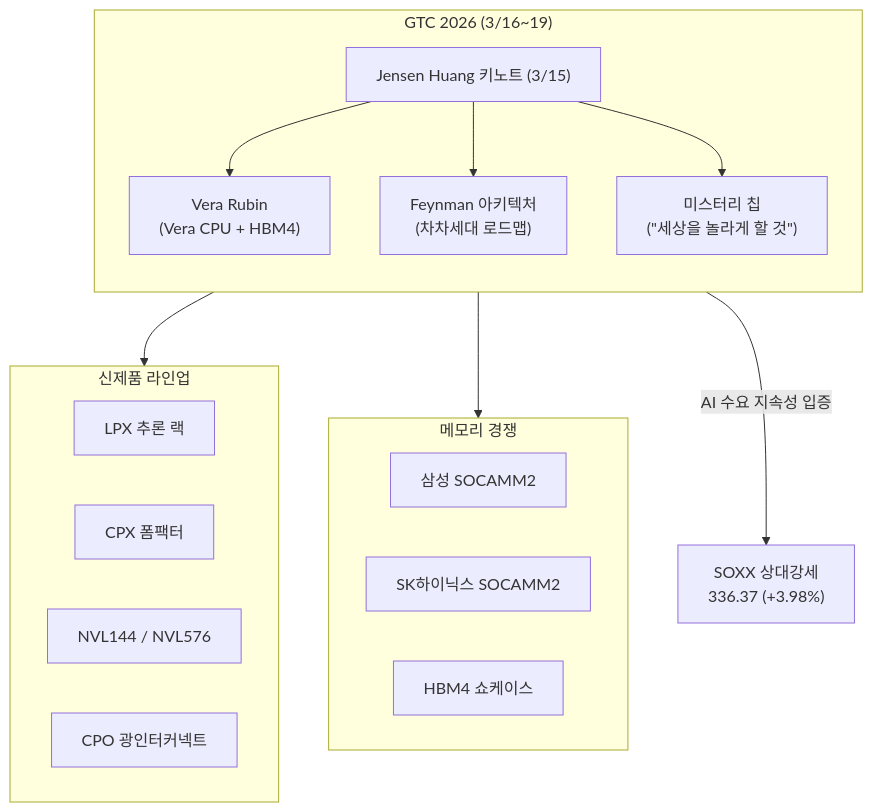
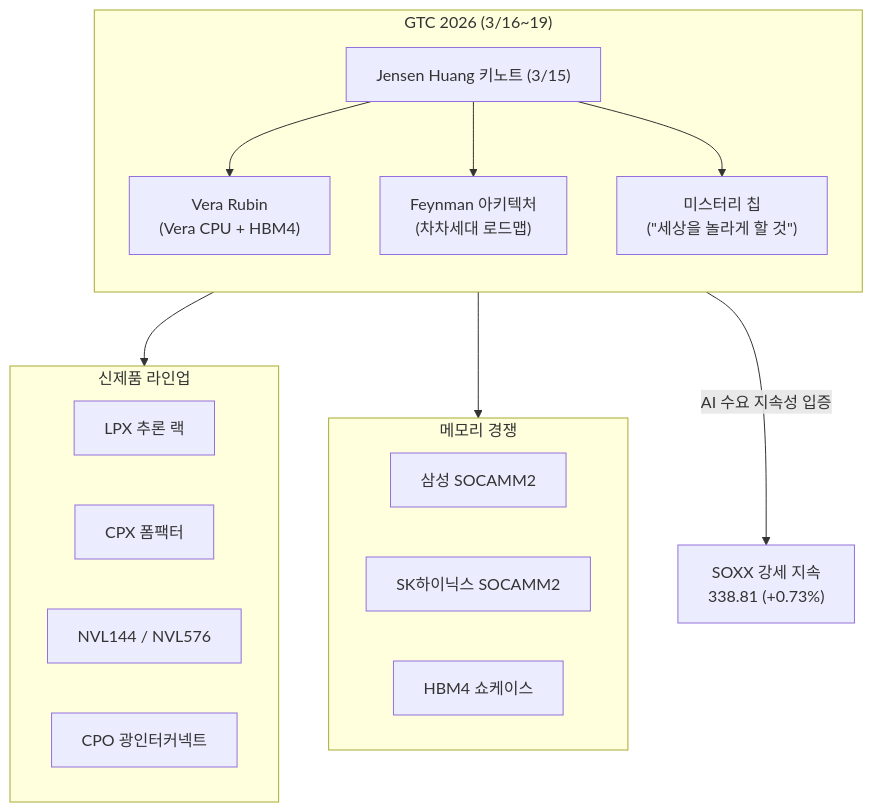
The first of 3 diagrams in _posts/knowledge/invest/2026-01-21-semiconductor-sector-outlook-2026.md (dss99911/dss99911.github.io), drawn with Mermaid before and after one commit. The commit also changed other lines of this file and 6 other files, not shown here.

````diff
--- a/_posts/knowledge/invest/2026-01-21-semiconductor-sector-outlook-2026.md
+++ b/_posts/knowledge/invest/2026-01-21-semiconductor-sector-outlook-2026.md
@@ -106,27 +106,27 @@
 ```mermaid
 graph TB
     subgraph GTC2026["GTC 2026 (3/16~19)"]
         direction TB
         K["Jensen Huang 키노트 (3/15)"]
         K --> V["Vera Rubin<br/>(Vera CPU + HBM4)"]
         K --> F["Feynman 아키텍처<br/>(차차세대 로드맵)"]
         K --> M["미스터리 칩<br/>(&quot;세상을 놀라게 할 것&quot;)"]
     end
 
     subgraph 제품["신제품 라인업"]
         LPX["LPX 추론 랙"]
         CPX["CPX 폼팩터"]
         NVL["NVL144 / NVL576"]
         CPO["CPO 광인터커넥트"]
     end
 
     subgraph 메모리["메모리 경쟁"]
         SS["삼성 SOCAMM2"]
         SK["SK하이닉스 SOCAMM2"]
         HBM["HBM4 쇼케이스"]
     end
 
     V --> 제품
     V --> 메모리
-    GTC2026 -->|"AI 수요 지속성 입증"| SOXX["SOXX 상대강세<br/>336.37 (+3.98%)"]
+    GTC2026 -->|"AI 수요 지속성 입증"| SOXX["SOXX 강세 지속<br/>338.81 (+0.73%)"]
 ```
````
